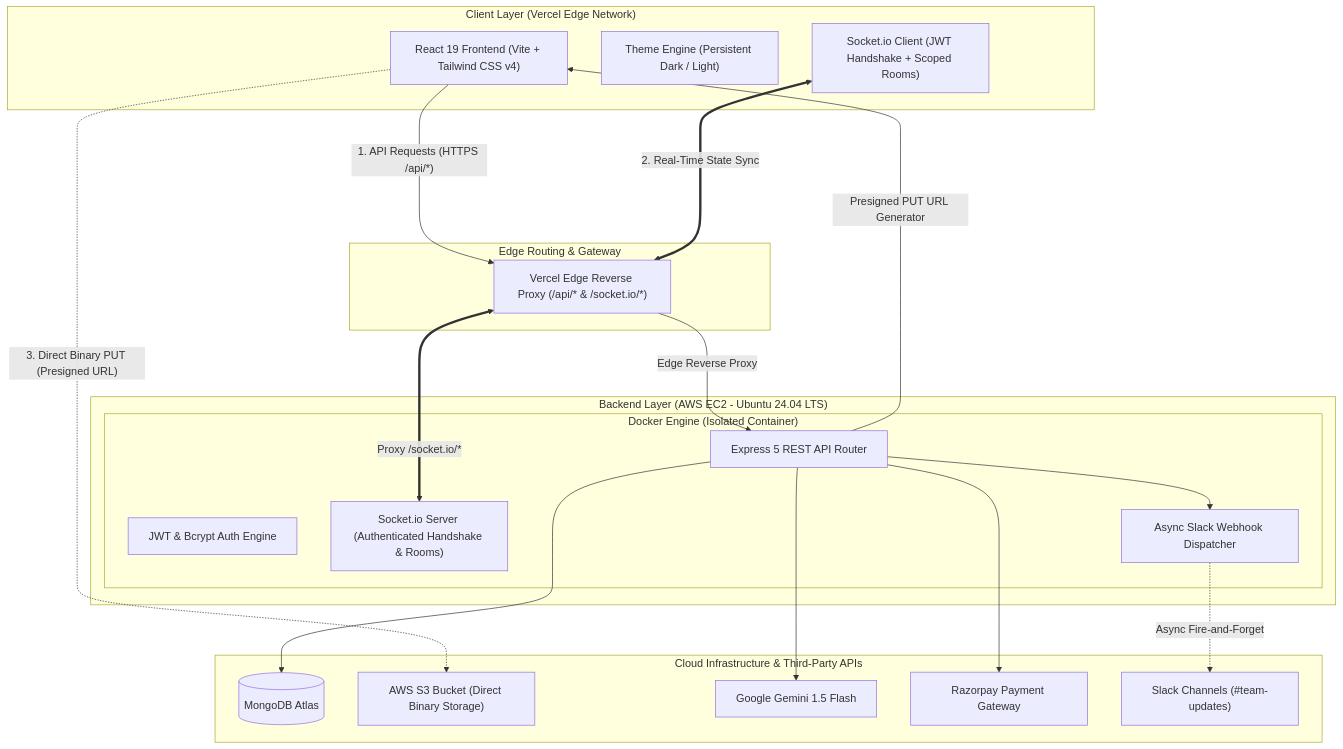
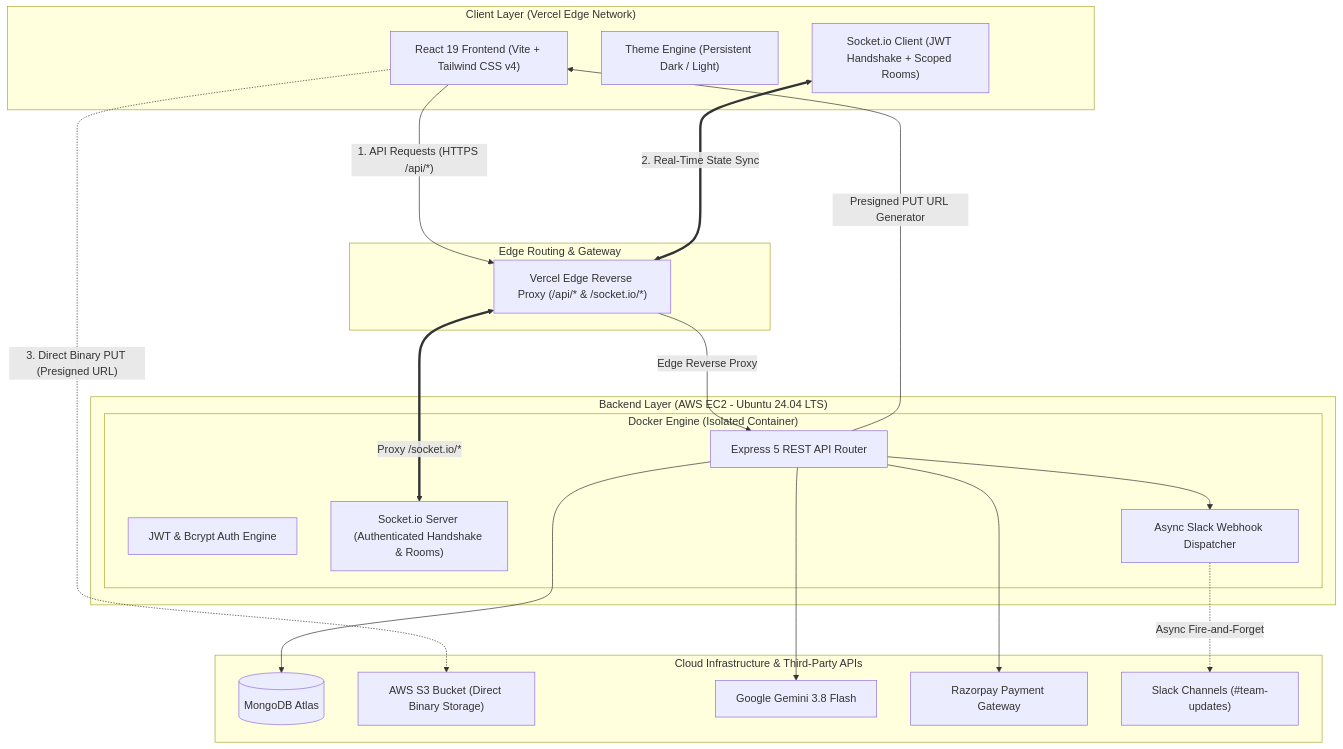
One commit to Ritik-7032/collabDesk changed the diagram in README.md. Above: the diagram before and after it, drawn with Mermaid. The commit also changed other lines of this file and 13 other files, not shown here.

Commit message:
feat(audit-harden): atomic payment verification, email reset mailer, Gemini 3.8 flash, and webhook masking

````diff
--- a/README.md
+++ b/README.md
@@ -32,42 +32,42 @@
 ```mermaid
 flowchart TD
     subgraph ClientLayer ["Client Layer (Vercel Edge Network)"]
         Client["React 19 Frontend (Vite + Tailwind CSS v4)"]
         Theme["Theme Engine (Persistent Dark / Light)"]
         SocketClient["Socket.io Client (JWT Handshake + Scoped Rooms)"]
     end
     
     subgraph ProxyGateway ["Edge Routing & Gateway"]
         VercelProxy["Vercel Edge Reverse Proxy (/api/* & /socket.io/*)"]
     end
 
     subgraph CloudServer ["Backend Layer (AWS EC2 - Ubuntu 24.04 LTS)"]
         subgraph DockerContainer ["Docker Engine (Isolated Container)"]
             Router["Express 5 REST API Router"]
             AuthEngine["JWT & Bcrypt Auth Engine"]
             SocketEngine["Socket.io Server (Authenticated Handshake & Rooms)"]
             SlackWorker["Async Slack Webhook Dispatcher"]
         end
     end
     
     subgraph DataServices ["Cloud Infrastructure & Third-Party APIs"]
         MongoDB[(MongoDB Atlas)]
         S3["AWS S3 Bucket (Direct Binary Storage)"]
-        Gemini["Google Gemini 1.5 Flash"]
+        Gemini["Google Gemini 3.8 Flash"]
         Razorpay["Razorpay Payment Gateway"]
         Slack["Slack Channels (#team-updates)"]
     end
 
     Client -- "1. API Requests (HTTPS /api/*)" --> VercelProxy
     VercelProxy -- "Edge Reverse Proxy" --> Router
     SocketClient <===>|"2. Real-Time State Sync"| VercelProxy
     VercelProxy <===>|"Proxy /socket.io/*"| SocketEngine
     Client -.->|"3. Direct Binary PUT (Presigned URL)"| S3
     
     Router --> MongoDB
     Router --> Gemini
     Router --> Razorpay
     Router -- "Presigned PUT URL Generator" --> Client
     Router --> SlackWorker
     SlackWorker -.->|"Async Fire-and-Forget"| Slack
 ```
````
